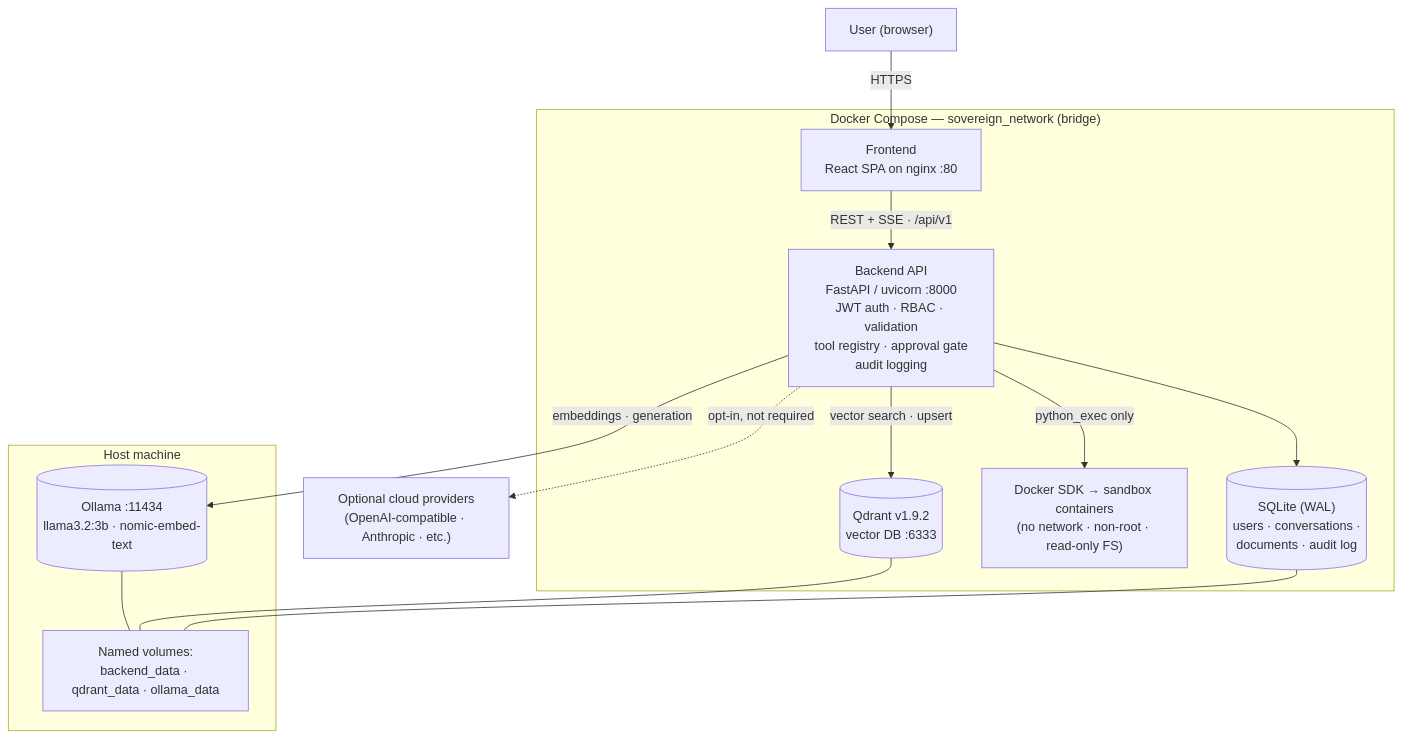
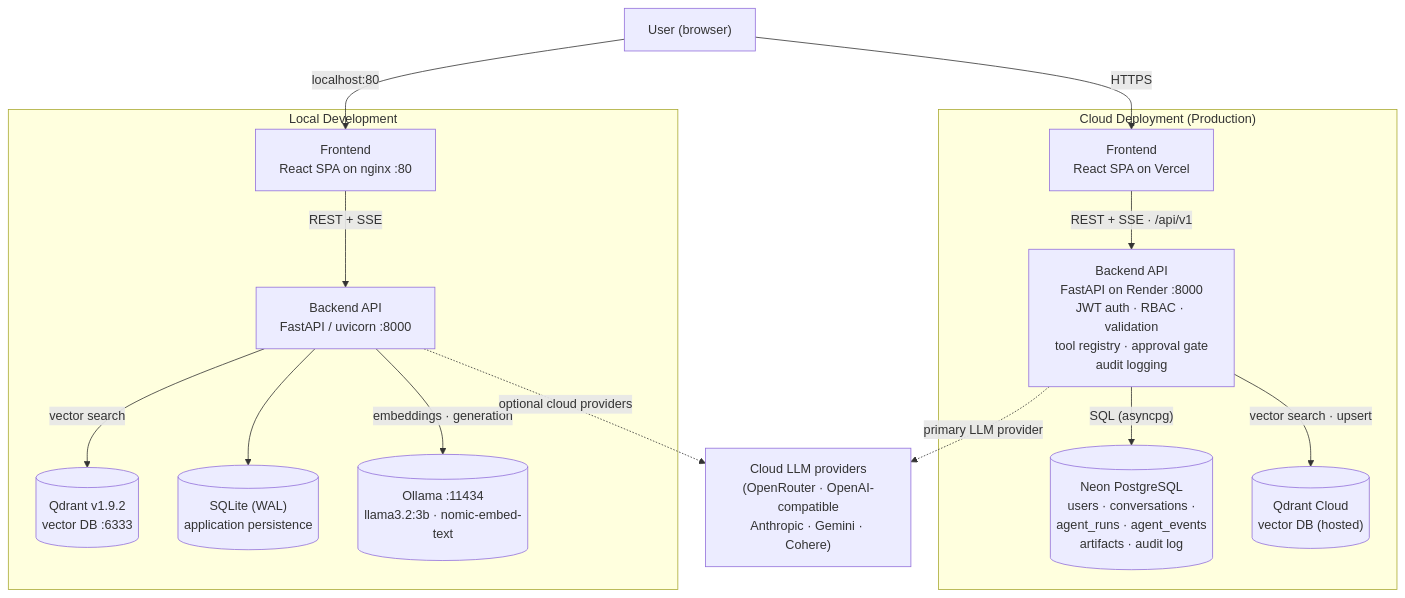
Before and after one commit to saranshnimje/Sovereign-AI: the diagram in README.md, drawn with Mermaid. The commit also changed other lines of this file and 11 other files, not shown here.

First line of the commit message:
fix: critical agent runtime bugs, provider failover, SSE identity, lifecycle invariant

````diff
--- a/README.md
+++ b/README.md
@@ -99,30 +99,34 @@
 ```mermaid
 flowchart TB
     U["User (browser)"]
 
-    subgraph STACK["Docker Compose — sovereign_network (bridge)"]
-        FE["Frontend<br/>React SPA on nginx :80"]
-        BE["Backend API<br/>FastAPI / uvicorn :8000<br/>JWT auth · RBAC · validation<br/>tool registry · approval gate<br/>audit logging"]
-        QD[("Qdrant v1.9.2<br/>vector DB :6333")]
-        SB["Docker SDK → sandbox containers<br/>(no network · non-root · read-only FS)"]
-        DB[("SQLite (WAL)<br/>users · conversations ·<br/>documents · audit log")]
+    subgraph CLOUD["Cloud Deployment (Production)"]
+        FE["Frontend<br/>React SPA on Vercel"]
+        BE["Backend API<br/>FastAPI on Render :8000<br/>JWT auth · RBAC · validation<br/>tool registry · approval gate<br/>audit logging"]
+        NDB[("Neon PostgreSQL<br/>users · conversations ·<br/>agent_runs · agent_events<br/>artifacts · audit log")]
+        QDC[("Qdrant Cloud<br/>vector DB (hosted)")]
     end
 
-    subgraph HOST["Host machine"]
+    subgraph LOCAL["Local Development"]
+        LFE["Frontend<br/>React SPA on nginx :80"]
+        LBE["Backend API<br/>FastAPI / uvicorn :8000"]
+        LQD[("Qdrant v1.9.2<br/>vector DB :6333")]
+        LDB[("SQLite (WAL)<br/>application persistence")]
         OL[("Ollama :11434<br/>llama3.2:3b · nomic-embed-text")]
-        DS["Named volumes:<br/>backend_data · qdrant_data · ollama_data"]
     end
 
-    CP["Optional cloud providers<br/>(OpenAI-compatible · Anthropic · etc.)"]
+    CP["Cloud LLM providers<br/>(OpenRouter · OpenAI-compatible<br/>Anthropic · Gemini · Cohere)"]
 
     U -->|"HTTPS"| FE
     FE -->|"REST + SSE · /api/v1"| BE
-    BE -->|"embeddings · generation"| OL
-    BE -->|"vector search · upsert"| QD
-    BE --> DB
-    BE -->|"python_exec only"| SB
-    BE -.->|"opt-in, not required"| CP
-    OL --- DS
-    QD --- DS
-    DB --- DS
+    BE -->|"SQL (asyncpg)"| NDB
+    BE -->|"vector search · upsert"| QDC
+    BE -.->|"primary LLM provider"| CP
+
+    U -->|"localhost:80"| LFE
+    LFE -->|"REST + SSE"| LBE
+    LBE --> LDB
+    LBE -->|"embeddings · generation"| OL
+    LBE -->|"vector search"| LQD
+    LBE -.->|"optional cloud providers"| CP
 ```
````
